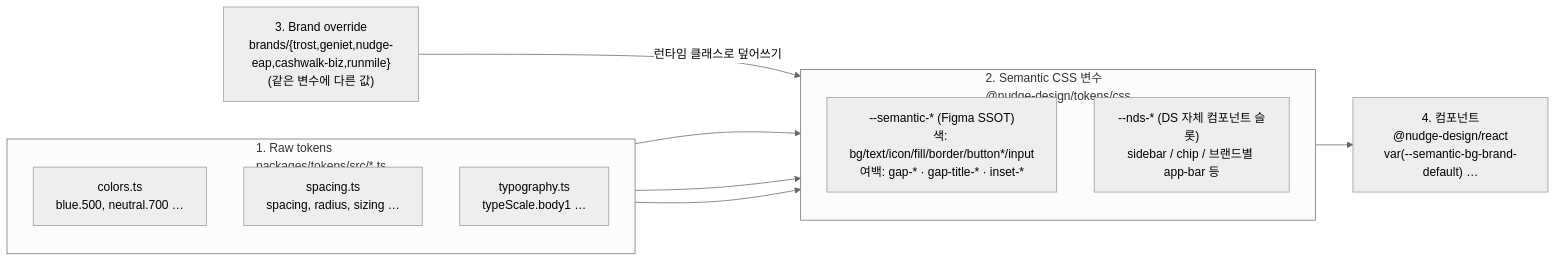
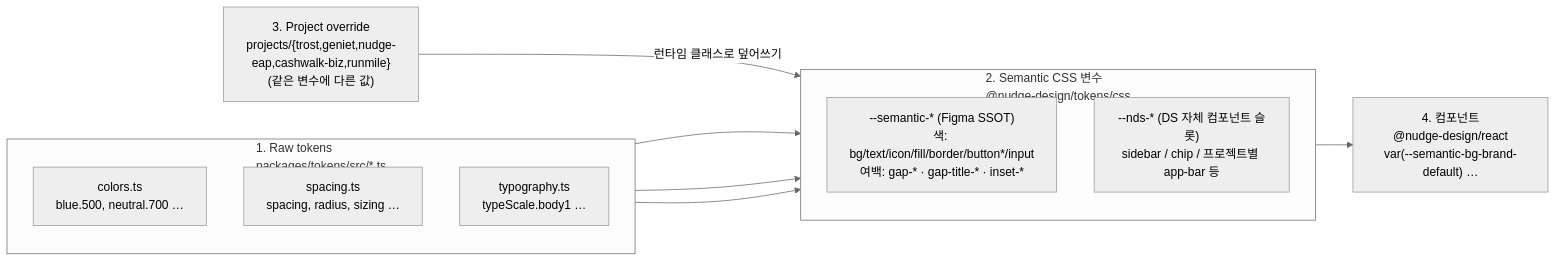
The third of 4 diagrams in README.md (ios-nous178/NDS_Project), drawn with Mermaid (neutral theme) before and after one commit. The commit also changed other lines of this file and 1152 other files, not shown here.

First line of the commit message:
refactor: brand → project 전면 리네임

````diff
--- a/README.md
+++ b/README.md
@@ -199,25 +199,25 @@
 ```mermaid
 flowchart LR
   subgraph RAW["1. Raw tokens<br/>packages/tokens/src/*.ts"]
     direction TB
     COL["colors.ts<br/>blue.500, neutral.700 …"]
     SPC["spacing.ts<br/>spacing, radius, sizing …"]
     TYP["typography.ts<br/>typeScale.body1 …"]
   end
 
   subgraph SEM["2. Semantic CSS 변수<br/>@nudge-design/tokens/css"]
     direction TB
     SMN["--semantic-* (Figma SSOT)<br/>색: bg/text/icon/fill/border/button*/input<br/>여백: gap-* · gap-title-* · inset-*"]
-    NDS["--nds-* (DS 자체 컴포넌트 슬롯)<br/>sidebar / chip / 브랜드별 app-bar 등"]
+    NDS["--nds-* (DS 자체 컴포넌트 슬롯)<br/>sidebar / chip / 프로젝트별 app-bar 등"]
   end
 
-  BR["3. Brand override<br/>brands/{trost,geniet,nudge-eap,cashwalk-biz,runmile}<br/>(같은 변수에 다른 값)"]
+  BR["3. Project override<br/>projects/{trost,geniet,nudge-eap,cashwalk-biz,runmile}<br/>(같은 변수에 다른 값)"]
 
   CMP["4. 컴포넌트<br/>@nudge-design/react<br/>var(--semantic-bg-brand-default) …"]
 
   COL --> SEM
   SPC --> SEM
   TYP --> SEM
   BR -->|런타임 클래스로 덮어쓰기| SEM
   SEM --> CMP
 ```
````
